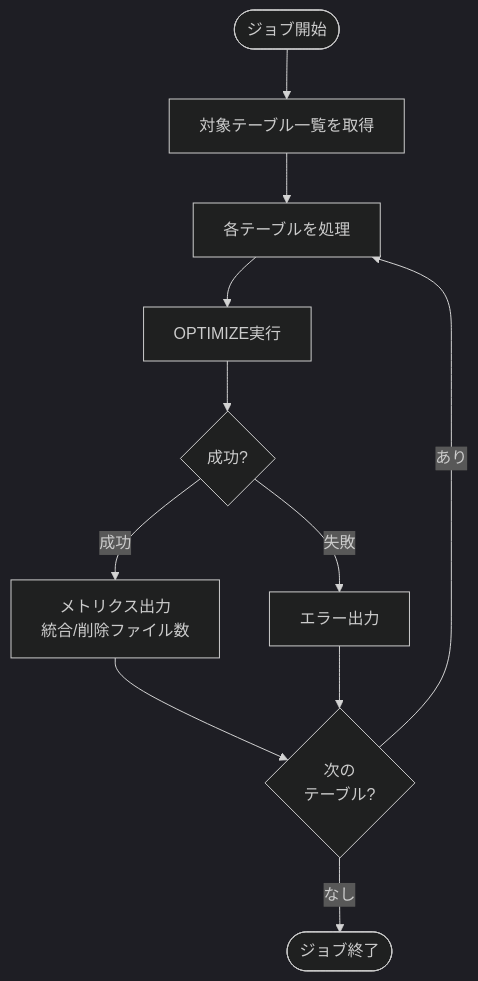
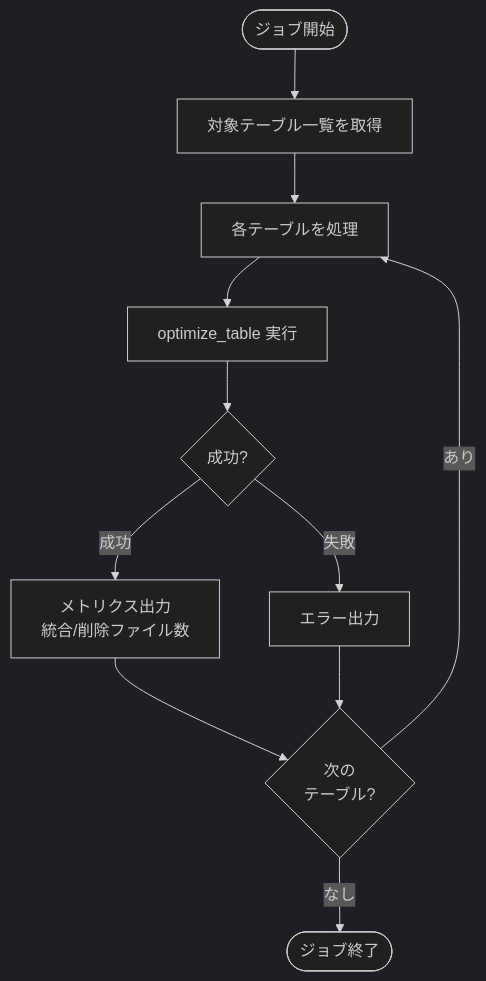
One commit to NSW-SVCP-AIWG002/Databricks-IoT changed the first of 3 diagrams in docs/03-features/batch/optimization/job-specification.md. Above: the diagram before and after it, drawn with Mermaid (dark theme). The commit also changed other lines of this file and 2 other files, not shown here.

````diff
--- a/docs/03-features/batch/optimization/job-specification.md
+++ b/docs/03-features/batch/optimization/job-specification.md
@@ -102,17 +90,17 @@
 ```mermaid
 flowchart TD
     Start([ジョブ開始]) --> GetTables[対象テーブル一覧を取得]
     GetTables --> Loop[各テーブルを処理]
 
-    Loop --> Optimize[OPTIMIZE実行]
+    Loop --> Optimize[optimize_table 実行]
     Optimize --> Result{成功?}
 
     Result -->|成功| Metrics[メトリクス出力<br>統合/削除ファイル数]
     Result -->|失敗| Error[エラー出力]
 
     Metrics --> Next{次の<br>テーブル?}
     Error --> Next
 
     Next -->|あり| Loop
     Next -->|なし| End([ジョブ終了])
 ```
````
